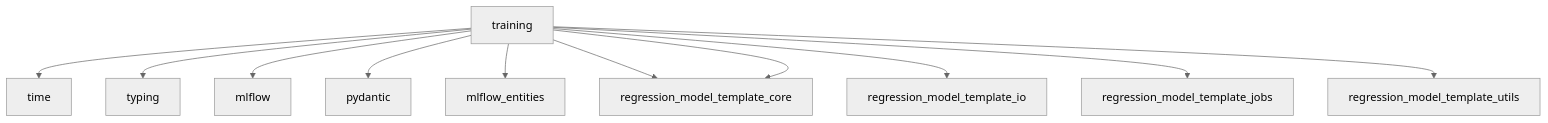
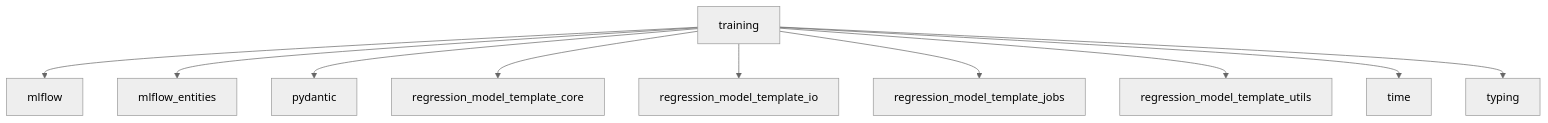
One commit to lgcorzo/mlops-python-package changed the second of 2 diagrams in wiki/training.md. Above: the diagram before and after it, drawn with Mermaid (neutral theme). The commit also changed other lines of this file and 31 other files, not shown here.

````diff
--- a/wiki/training.md
+++ b/wiki/training.md
@@ -33,13 +33,13 @@
 ```mermaid
 flowchart TD
-    training --> time
-    training --> typing
+
     training --> mlflow
+    training --> mlflow_entities
     training --> pydantic
-    training --> mlflow_entities
-    training --> regression_model_template_core
     training --> regression_model_template_core
     training --> regression_model_template_io
     training --> regression_model_template_jobs
     training --> regression_model_template_utils
+    training --> time
+    training --> typing
 ```
````
